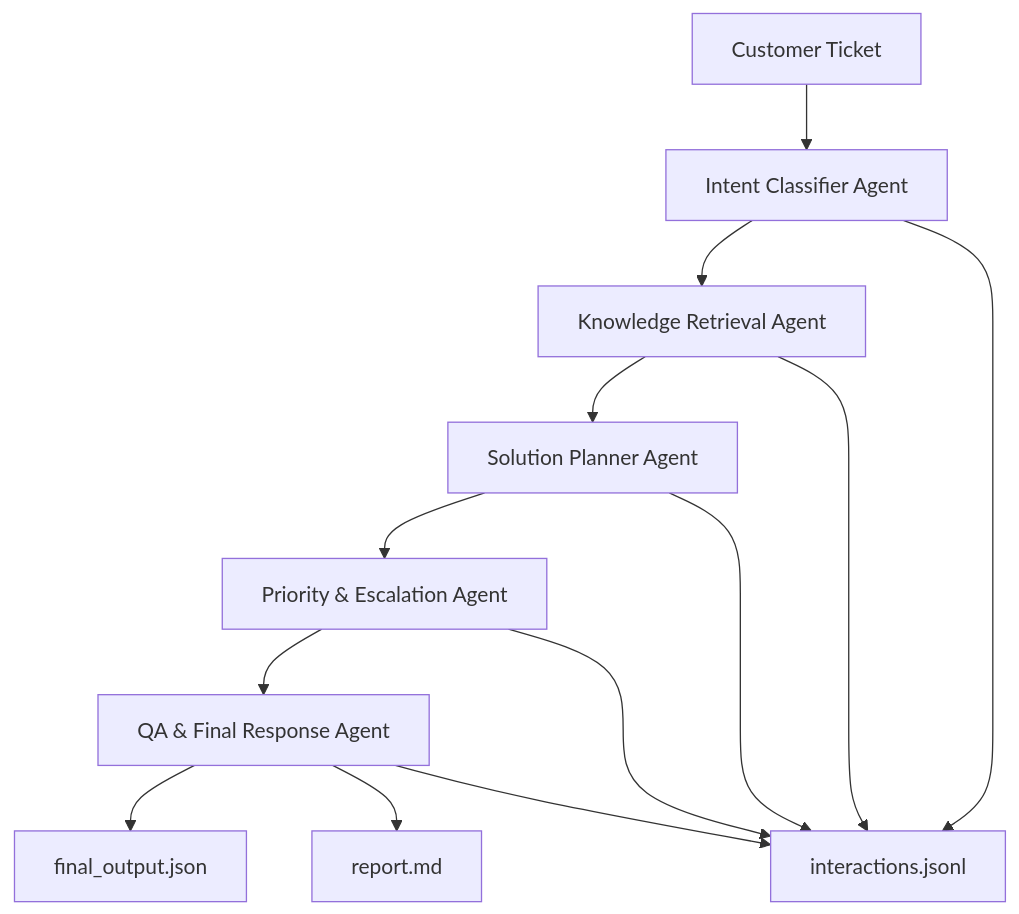
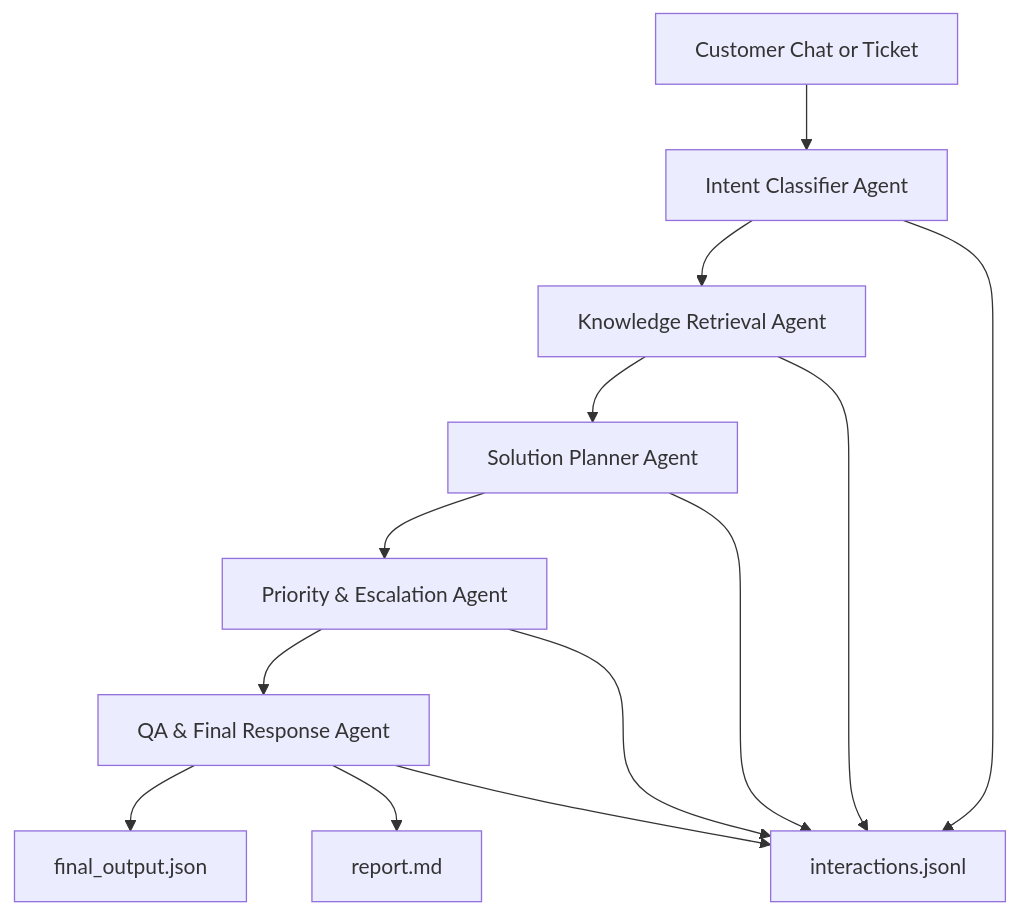
One commit to Jalu-Er/qhome-ai-agent changed the diagram in docs/architecture.md. Above: the diagram before and after it, drawn with Mermaid. The commit also changed other lines of this file and 14 other files, not shown here.

Commit message:
Add web chatbox and product advice flow

````diff
--- a/docs/architecture.md
+++ b/docs/architecture.md
@@ -7,15 +7,15 @@
 ```mermaid
 flowchart TD
-    A[Customer Ticket] --> B[Intent Classifier Agent]
+    A[Customer Chat or Ticket] --> B[Intent Classifier Agent]
     B --> C[Knowledge Retrieval Agent]
     C --> D[Solution Planner Agent]
     D --> E[Priority & Escalation Agent]
     E --> F[QA & Final Response Agent]
     F --> G[final_output.json]
     F --> H[report.md]
     B --> I[interactions.jsonl]
     C --> I
     D --> I
     E --> I
     F --> I
 ```
````
